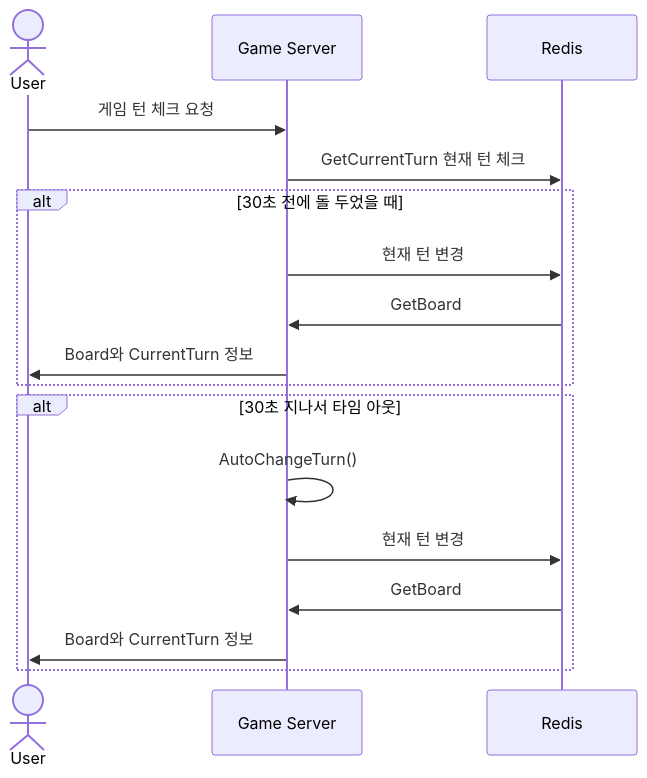
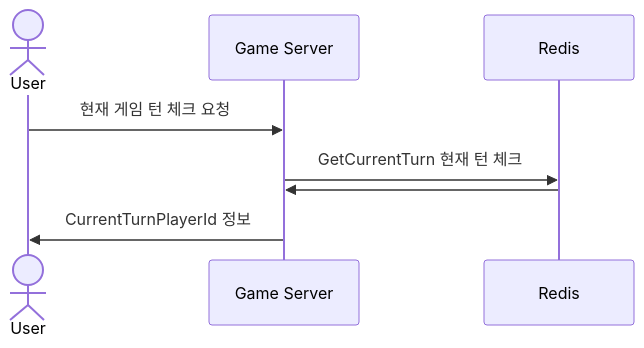
Before and after one commit to yujinS0/Omok-Game: the third of 4 diagrams in SequenceDiagram/GetGameInfo.md, drawn with Mermaid. The commit also changed other lines of this file, not shown here.

````diff
--- a/SequenceDiagram/GetGameInfo.md
+++ b/SequenceDiagram/GetGameInfo.md
@@ -49,23 +50,12 @@
 ```mermaid
 sequenceDiagram
 	actor User
 	participant Game Server
-  participant Redis
+  	participant Redis
 
-	User ->> Game Server : 게임 턴 체크 요청
+	User ->> Game Server : 현재 게임 턴 체크 요청
 	Game Server ->> Redis : GetCurrentTurn 현재 턴 체크
-  
-alt 30초 전에 돌 두었을 때
-  Game Server ->> Redis : 현재 턴 변경
-  Redis ->> Game Server : GetBoard
-  Game Server ->> User : Board와 CurrentTurn 정보
-end
-
-alt 30초 지나서 타임 아웃
-  Game Server ->> Game Server : AutoChangeTurn()
-  Game Server ->> Redis : 현재 턴 변경
-  Redis ->> Game Server : GetBoard
-  Game Server ->> User : Board와 CurrentTurn 정보
-end
+  	Redis ->> Game Server : 
+  	Game Server ->> User : CurrentTurnPlayerId 정보
 
 ```
````
